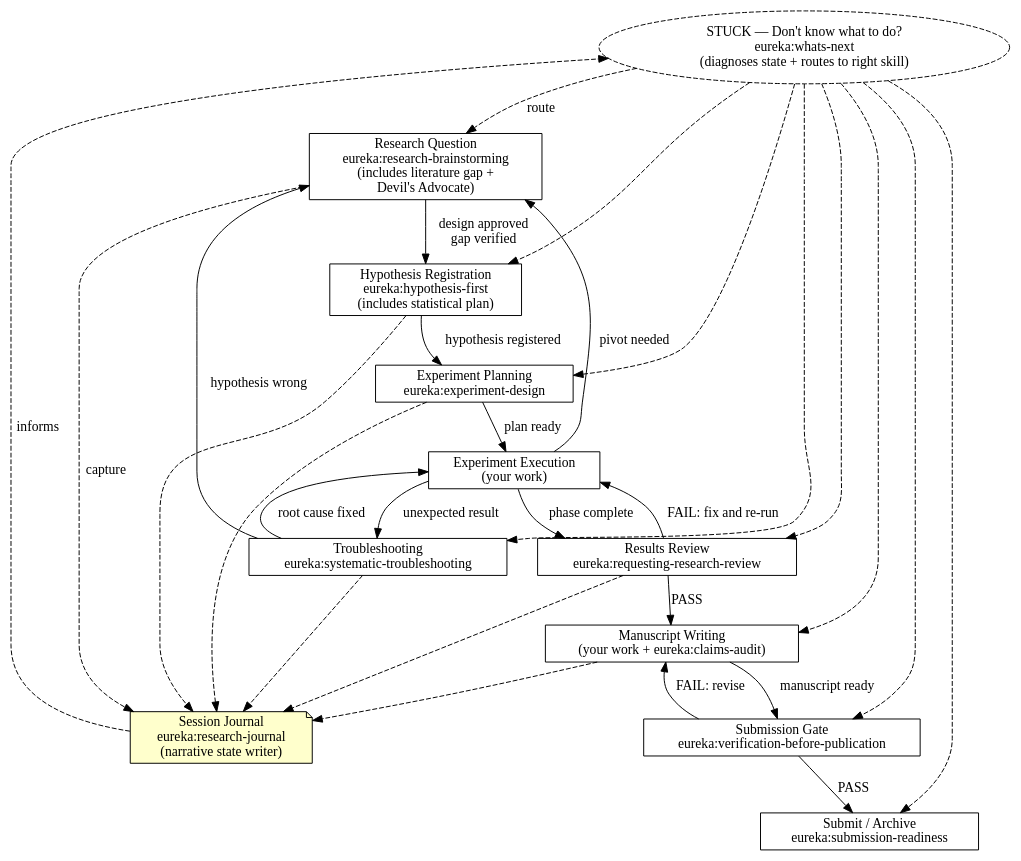
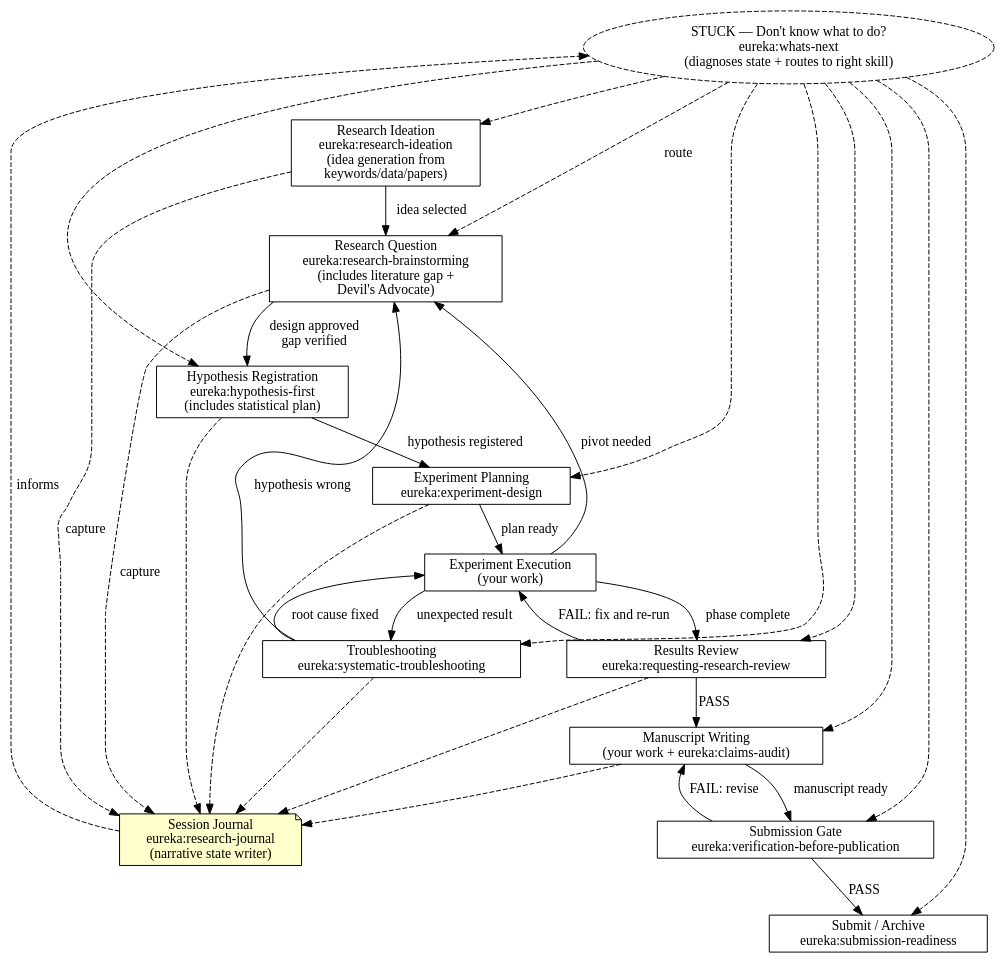
The second of 2 diagrams in skills/using-eureka/SKILL.md (jeonnoin-alt/Eureka), drawn with Graphviz before and after one commit.

Commit message:
feat(using-eureka): add research-ideation to lifecycle diagram

````diff
--- a/skills/using-eureka/SKILL.md
+++ b/skills/using-eureka/SKILL.md
@@ -88,49 +88,53 @@
 ```dot
 digraph research_lifecycle {
     rankdir=TB;
     node [shape=box];
 
     stuck [label="STUCK — Don't know what to do?\neureka:whats-next\n(diagnoses state + routes to right skill)", shape=ellipse, style=dashed];
     journal [label="Session Journal\neureka:research-journal\n(narrative state writer)", shape=note, style=filled, fillcolor="#ffffcc"];
     rq [label="Research Question\neureka:research-brainstorming\n(includes literature gap +\nDevil's Advocate)"];
     hr [label="Hypothesis Registration\neureka:hypothesis-first\n(includes statistical plan)"];
     plan [label="Experiment Planning\neureka:experiment-design"];
     exp [label="Experiment Execution\n(your work)"];
     trouble [label="Troubleshooting\neureka:systematic-troubleshooting"];
     rev [label="Results Review\neureka:requesting-research-review"];
     write [label="Manuscript Writing\n(your work + eureka:claims-audit)"];
     pub [label="Submission Gate\neureka:verification-before-publication"];
     submit [label="Submit / Archive\neureka:submission-readiness"];
+    ideation [label="Research Ideation\neureka:research-ideation\n(idea generation from\nkeywords/data/papers)"];
 
+    ideation -> rq [label="idea selected"];
     rq -> hr [label="design approved\ngap verified"];
     hr -> plan [label="hypothesis registered"];
     plan -> exp [label="plan ready"];
     exp -> trouble [label="unexpected result"];
     trouble -> exp [label="root cause fixed"];
     trouble -> rq [label="hypothesis wrong"];
     exp -> rev [label="phase complete"];
     rev -> exp [label="FAIL: fix and re-run"];
     rev -> write [label="PASS"];
     write -> pub [label="manuscript ready"];
     pub -> write [label="FAIL: revise"];
     pub -> submit [label="PASS"];
     exp -> rq [label="pivot needed"];
 
     stuck -> rq [style=dashed, label="route"];
     stuck -> hr [style=dashed];
     stuck -> plan [style=dashed];
     stuck -> trouble [style=dashed];
     stuck -> rev [style=dashed];
     stuck -> write [style=dashed];
     stuck -> pub [style=dashed];
     stuck -> submit [style=dashed];
+    stuck -> ideation [style=dashed];
 
+    ideation -> journal [style=dashed, label="capture"];
     rq -> journal [style=dashed, label="capture"];
     hr -> journal [style=dashed];
     plan -> journal [style=dashed];
     trouble -> journal [style=dashed];
     rev -> journal [style=dashed];
     write -> journal [style=dashed];
     journal -> stuck [style=dashed, label="informs"];
 }
 ```
````
